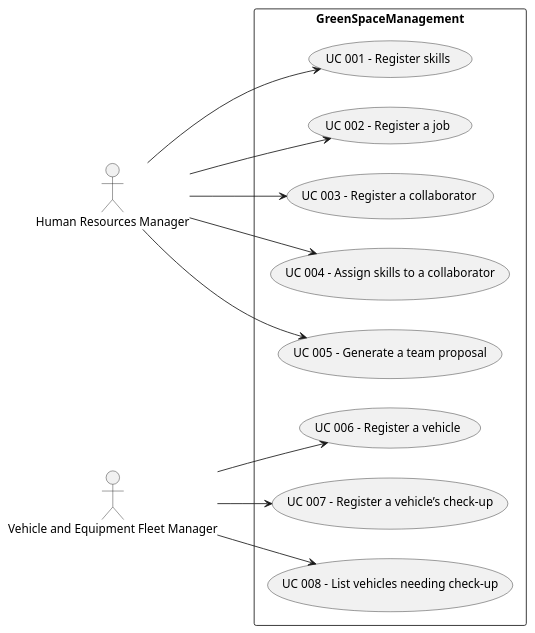
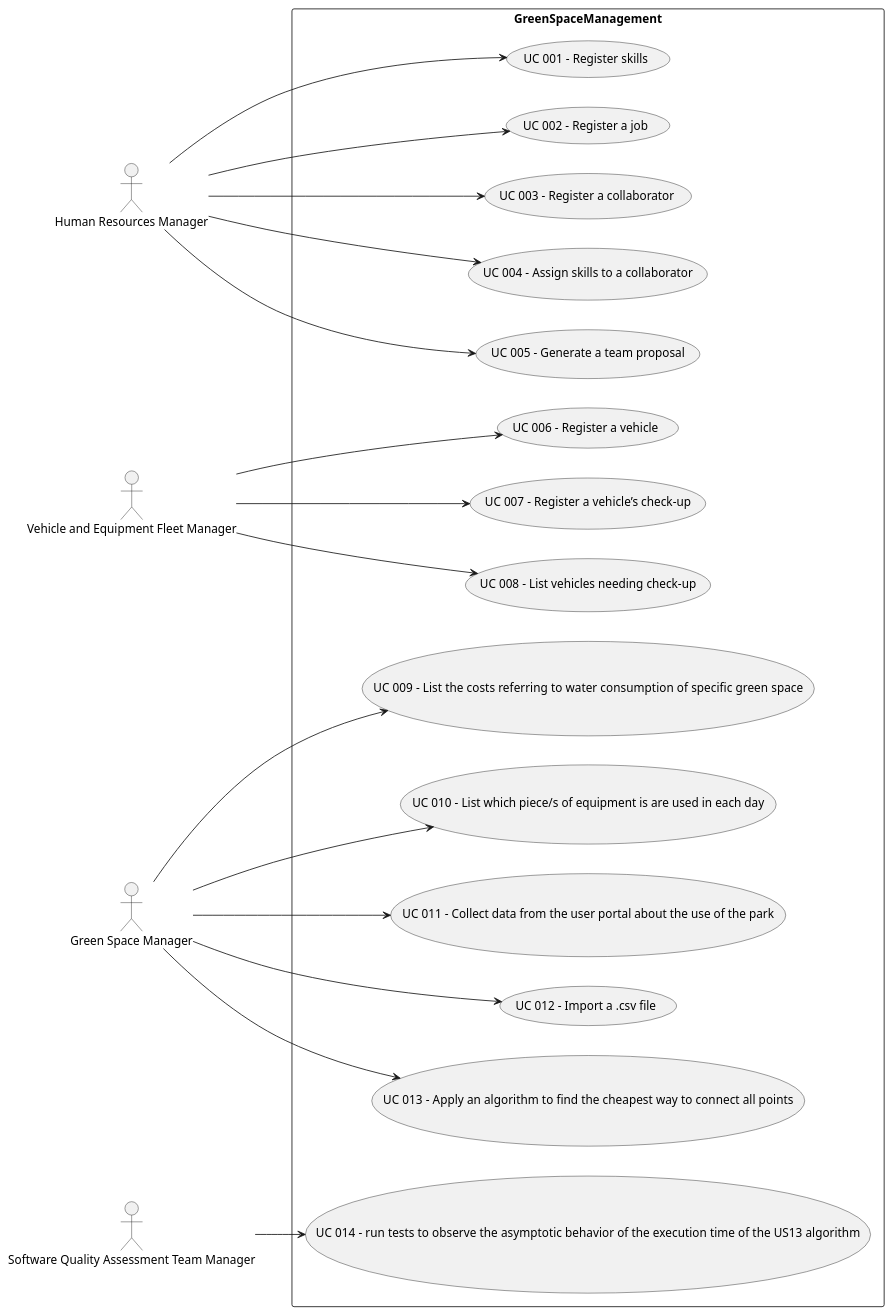
Before and after one commit to Departamento-de-Engenharia-Informatica/lei-24-s2-1dm-g132: the diagram in docs/sprintB/global-artifacts/01.requirements-engineering/puml/use-case-diagram.puml, drawn with PlantUML. The commit also changed 2 other files, not shown here.

```diff
--- a/docs/sprintB/global-artifacts/01.requirements-engineering/puml/use-case-diagram.puml
+++ b/docs/sprintB/global-artifacts/01.requirements-engineering/puml/use-case-diagram.puml
@@ -1,20 +1,31 @@
 @startuml
 
 left to right direction
 
 actor "Human Resources Manager" as HRM
 actor "Vehicle and Equipment Fleet Manager" as VFM
+actor "Green Space Manager" as GSM
+actor "Software Quality Assessment Team Manager" as QAM
 
 
 rectangle GreenSpaceManagement {
   HRM --> (UC 001 - Register skills)
   HRM --> (UC 002 - Register a job)
   HRM --> (UC 003 - Register a collaborator)
   HRM --> (UC 004 - Assign skills to a collaborator)
   HRM --> (UC 005 - Generate a team proposal)
   VFM --> (UC 006 - Register a vehicle)
   VFM --> (UC 007 - Register a vehicle’s check-up)
   VFM --> (UC 008 - List vehicles needing check-up)
+  GSM --> (UC 009 - List the  costs referring to water consumption of specific green space)
+  GSM --> (UC 010 - List which piece/s of equipment is are used in each day)
+  GSM --> (UC 011 - Collect data from the user portal about the use of the park)
+  GSM --> (UC 012 - Import a .csv file)
+  GSM --> (UC 013 -  Apply an algorithm to find the cheapest way to connect all points)
+  QAM --> (UC 014 - run tests to observe the asymptotic behavior of the execution time of the US13  algorithm)
+
+
+
 }
 
 @enduml
```
